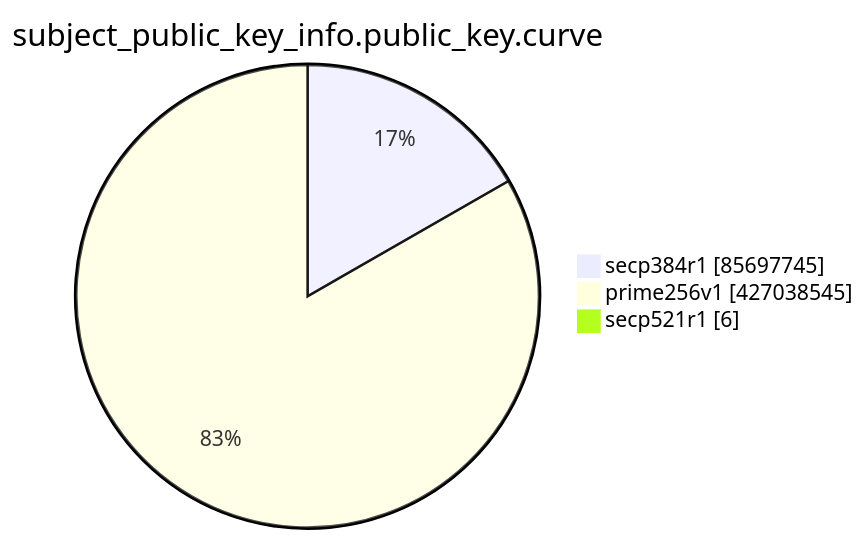
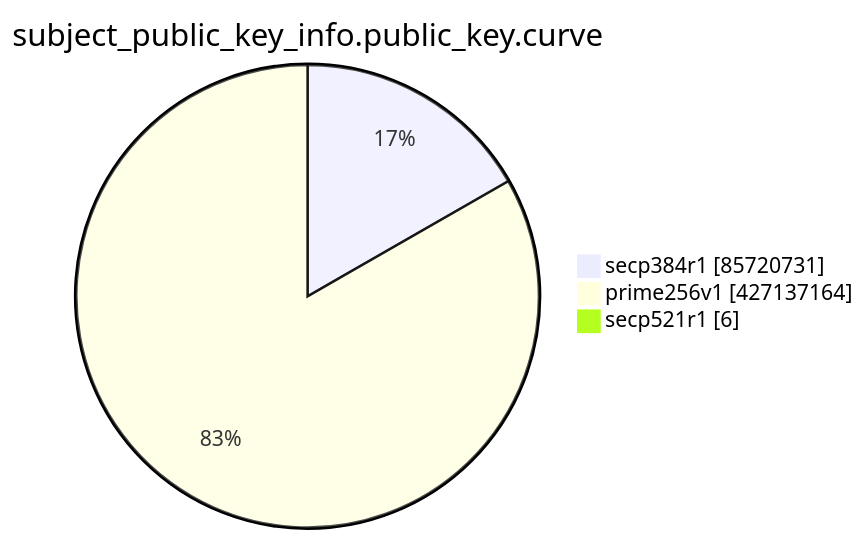
One commit to christiankrug/ctmonitor_visualization changed the eighth of 15 diagrams in TOTAL/README.md. Above: the diagram before and after it, drawn with Mermaid. The commit also changed other lines of this file, not shown here.

````diff
--- a/TOTAL/README.md
+++ b/TOTAL/README.md
@@ -3100,7 +3100,7 @@
 ```mermaid
 pie showData
 title subject_public_key_info.public_key.curve
-"secp384r1" :85697745
-"prime256v1" :427038545
+"secp384r1" :85720731
+"prime256v1" :427137164
 "secp521r1" :6
 ```
````
